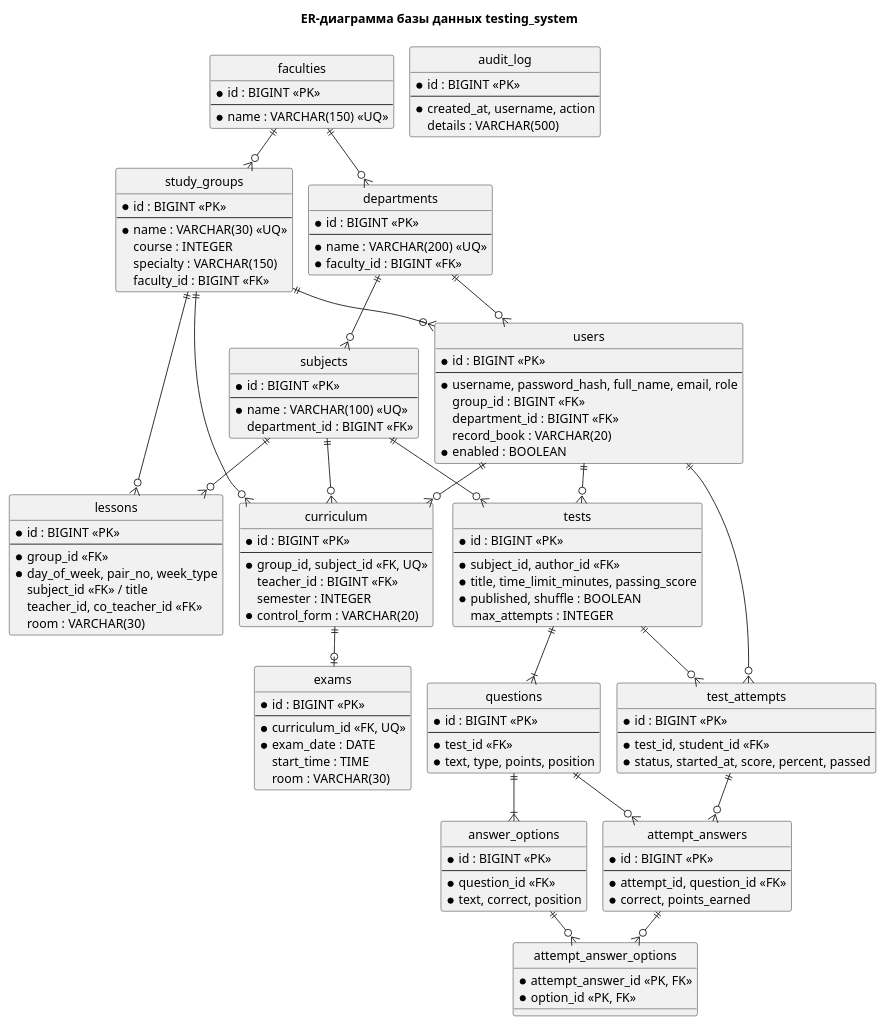
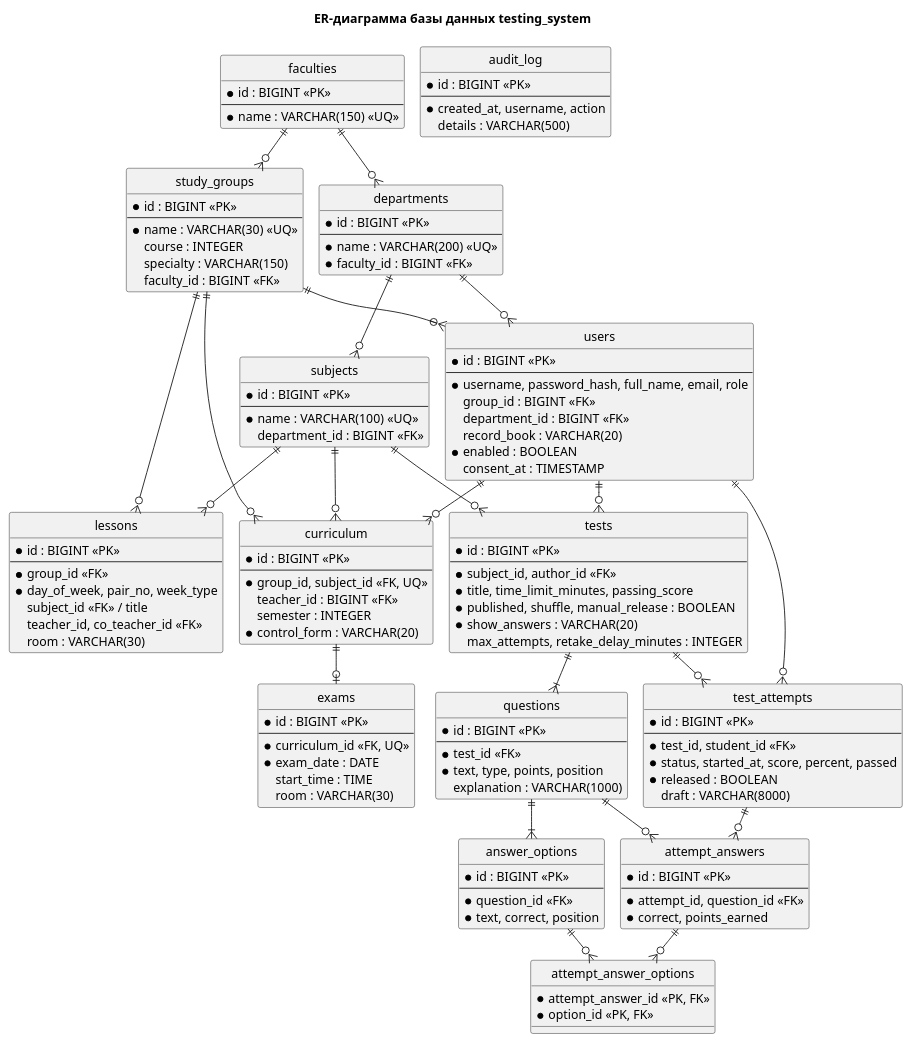
The diagram in docs/uml/5_er.puml (ChibryakovT/student-testing-system), drawn with PlantUML before and after one commit. The commit also changed 8 other files, not shown here.

First line of the commit message:
Схемы и README под текущую версию: автосохранение, пояснения, публикация оценок, качество вопросов

```diff
--- a/docs/uml/5_er.puml
+++ b/docs/uml/5_er.puml
@@ -1,131 +1,136 @@
 @startuml er
 !pragma layout smetana
 skinparam defaultFontName Arial
 hide circle
 skinparam linetype ortho
 title ER-диаграмма базы данных testing_system
 
 entity faculties {
   * id : BIGINT <<PK>>
   --
   * name : VARCHAR(150) <<UQ>>
 }
 entity departments {
   * id : BIGINT <<PK>>
   --
   * name : VARCHAR(200) <<UQ>>
   * faculty_id : BIGINT <<FK>>
 }
 entity study_groups {
   * id : BIGINT <<PK>>
   --
   * name : VARCHAR(30) <<UQ>>
   course : INTEGER
   specialty : VARCHAR(150)
   faculty_id : BIGINT <<FK>>
 }
 entity users {
   * id : BIGINT <<PK>>
   --
   * username, password_hash, full_name, email, role
   group_id : BIGINT <<FK>>
   department_id : BIGINT <<FK>>
   record_book : VARCHAR(20)
   * enabled : BOOLEAN
+  consent_at : TIMESTAMP
 }
 entity subjects {
   * id : BIGINT <<PK>>
   --
   * name : VARCHAR(100) <<UQ>>
   department_id : BIGINT <<FK>>
 }
 entity curriculum {
   * id : BIGINT <<PK>>
   --
   * group_id, subject_id <<FK, UQ>>
   teacher_id : BIGINT <<FK>>
   semester : INTEGER
   * control_form : VARCHAR(20)
 }
 entity lessons {
   * id : BIGINT <<PK>>
   --
   * group_id <<FK>>
   * day_of_week, pair_no, week_type
   subject_id <<FK>> / title
   teacher_id, co_teacher_id <<FK>>
   room : VARCHAR(30)
 }
 entity exams {
   * id : BIGINT <<PK>>
   --
   * curriculum_id <<FK, UQ>>
   * exam_date : DATE
   start_time : TIME
   room : VARCHAR(30)
 }
 entity tests {
   * id : BIGINT <<PK>>
   --
   * subject_id, author_id <<FK>>
   * title, time_limit_minutes, passing_score
-  * published, shuffle : BOOLEAN
-  max_attempts : INTEGER
+  * published, shuffle, manual_release : BOOLEAN
+  * show_answers : VARCHAR(20)
+  max_attempts, retake_delay_minutes : INTEGER
 }
 entity questions {
   * id : BIGINT <<PK>>
   --
   * test_id <<FK>>
   * text, type, points, position
+  explanation : VARCHAR(1000)
 }
 entity answer_options {
   * id : BIGINT <<PK>>
   --
   * question_id <<FK>>
   * text, correct, position
 }
 entity test_attempts {
   * id : BIGINT <<PK>>
   --
   * test_id, student_id <<FK>>
   * status, started_at, score, percent, passed
+  * released : BOOLEAN
+  draft : VARCHAR(8000)
 }
 entity attempt_answers {
   * id : BIGINT <<PK>>
   --
   * attempt_id, question_id <<FK>>
   * correct, points_earned
 }
 entity attempt_answer_options {
   * attempt_answer_id <<PK, FK>>
   * option_id <<PK, FK>>
 }
 entity audit_log {
   * id : BIGINT <<PK>>
   --
   * created_at, username, action
   details : VARCHAR(500)
 }
 
 faculties ||--o{ departments
 faculties ||--o{ study_groups
 departments ||--o{ users
 departments ||--o{ subjects
 study_groups ||--o{ users
 study_groups ||--o{ curriculum
 subjects ||--o{ curriculum
 users ||--o{ curriculum
 curriculum ||--o| exams
 study_groups ||--o{ lessons
 subjects ||--o{ lessons
 subjects ||--o{ tests
 users ||--o{ tests
 tests ||--|{ questions
 questions ||--|{ answer_options
 tests ||--o{ test_attempts
 users ||--o{ test_attempts
 test_attempts ||--o{ attempt_answers
 questions ||--o{ attempt_answers
 attempt_answers ||--o{ attempt_answer_options
 answer_options ||--o{ attempt_answer_options
 @enduml
```
